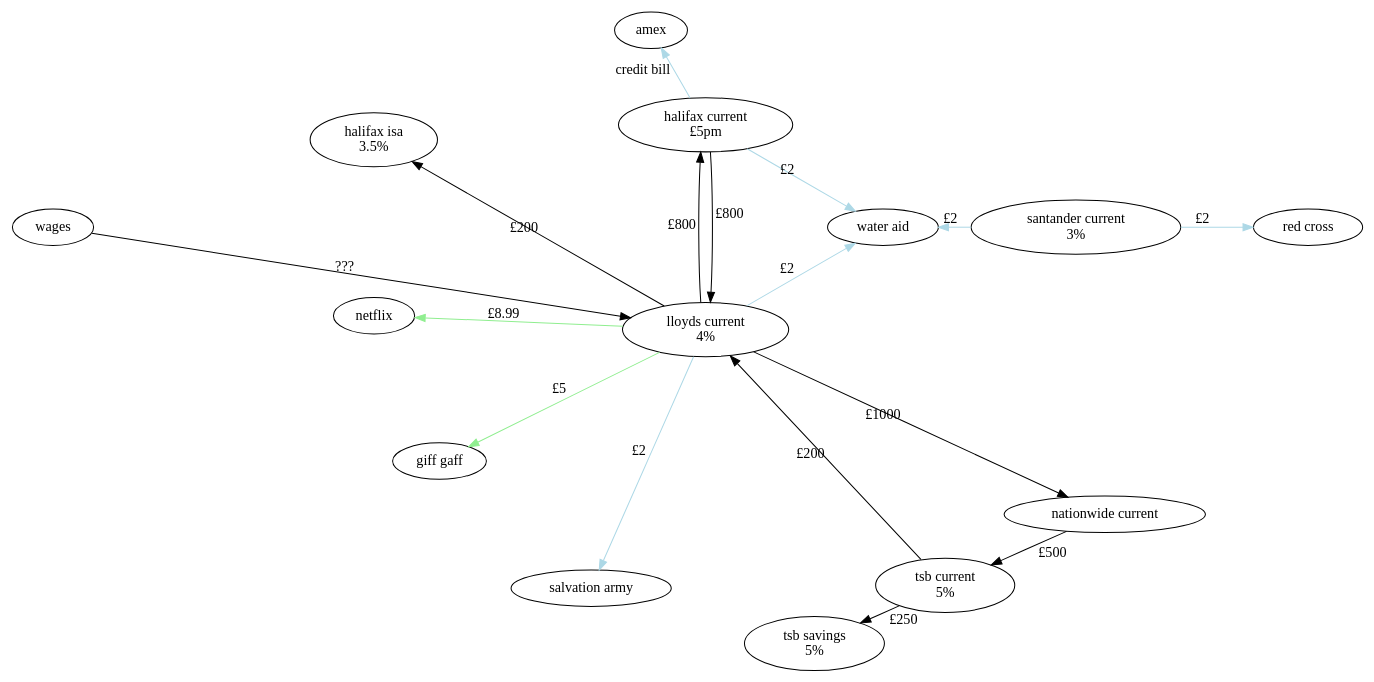
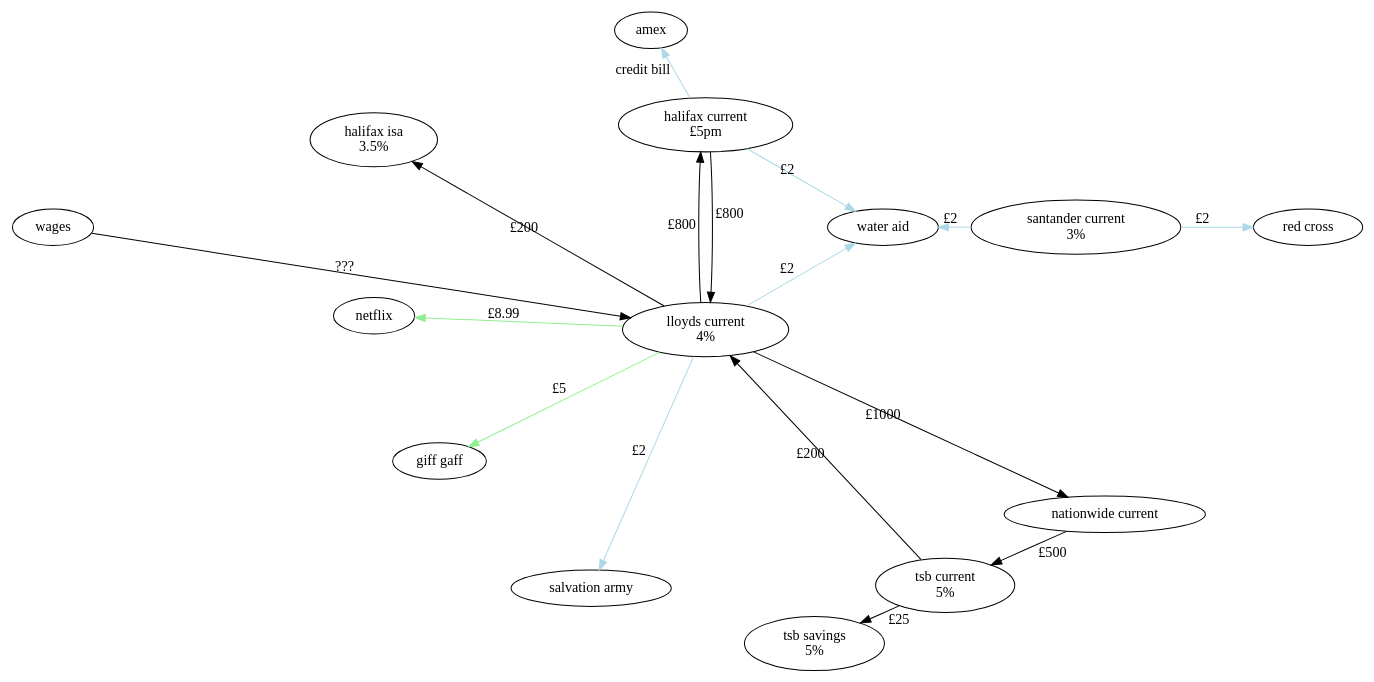
Before and after one commit to jsdelivrbot/bank-flow: the diagram in diagram.dot, drawn with Graphviz.

```diff
--- a/diagram.dot
+++ b/diagram.dot
@@ -1,35 +1,35 @@
 digraph "bank-flow" {
   layout = circo
 
   wages [width="1"];
   lloydsCurrent [label="lloyds current\n4%"];
   tsbCurrent [label="tsb current\n5%"];
   tsbSavings [label="tsb savings\n5%"];
   halifaxCurrent [label="halifax current\n£5pm"];
   halifaxIsa [label="halifax isa\n3.5%"];
   netflix;
   giffGaff [label="giff gaff"];
   santander [label="santander current\n3%"];
   salvationArmy [label="salvation army"];
   waterAid [label="water aid"];
   amex;
   redCross [label="red cross"];
   nationwideCurrent [label="nationwide current"];
 
   santander -> waterAid [color="lightblue", label="£2"];
   santander -> redCross [color="lightblue", label="£2"];
   wages -> lloydsCurrent [label="???"];
   lloydsCurrent -> netflix [color="lightgreen", label="£8.99"];
   lloydsCurrent -> giffGaff [color="lightgreen", label="£5"];
   lloydsCurrent -> salvationArmy [color="lightblue", label="£2"];
   lloydsCurrent -> waterAid [color="lightblue", label="£2"];
   lloydsCurrent -> halifaxCurrent [label="£800"];
   lloydsCurrent -> nationwideCurrent [label="£1000"];
   nationwideCurrent -> tsbCurrent [label="£500"];
   halifaxCurrent -> lloydsCurrent [label="£800"];
   lloydsCurrent -> halifaxIsa [label="£200"];
-  tsbCurrent -> tsbSavings [label="£250"];
+  tsbCurrent -> tsbSavings [label="£25"];
   tsbCurrent -> lloydsCurrent [label="£200"];
   halifaxCurrent -> waterAid [color="lightblue", label="£2"];
   halifaxCurrent -> amex [color="lightblue", label="credit bill"];
 }
```
